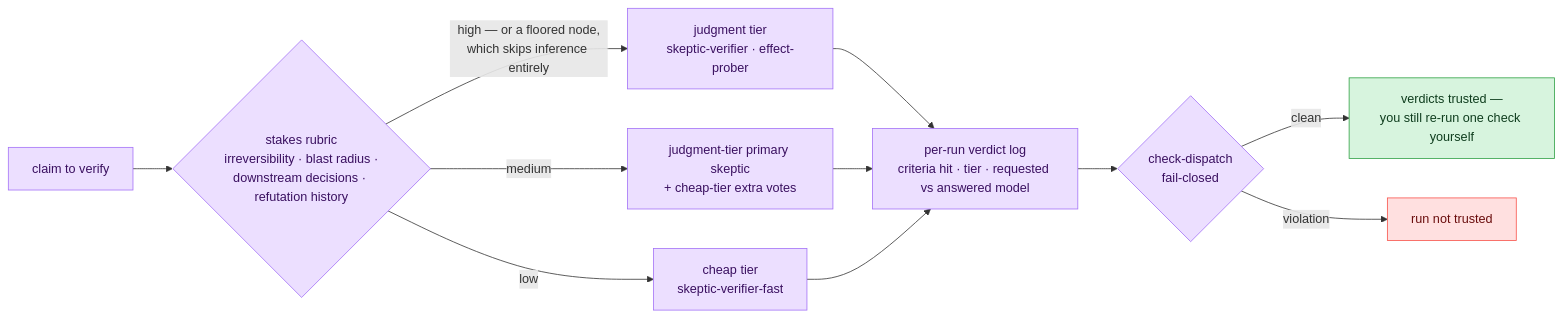
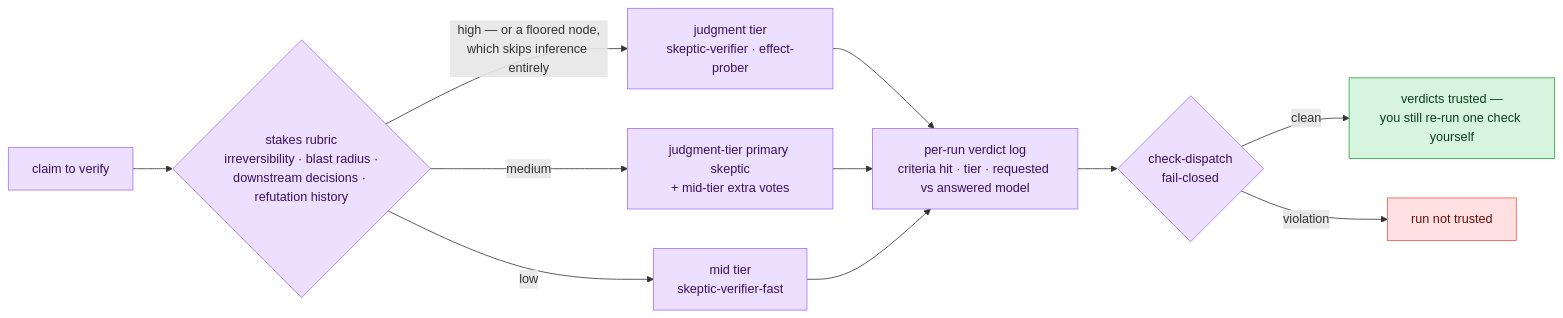
Before and after one commit to hossainpazooki/rigor: the second of 4 diagrams in docs/SYSTEM.md, drawn with Mermaid. The commit also changed other lines of this file and 3 other files, not shown here.

Commit message:
docs: ADR-0007 mid tier — accepted, built, caveats recorded

````diff
--- a/docs/SYSTEM.md
+++ b/docs/SYSTEM.md
@@ -74,18 +76,18 @@
 ```mermaid
 flowchart LR
     C["claim to verify"] --> RB{"stakes rubric<br/>irreversibility · blast radius ·<br/>downstream decisions · refutation history"}
     RB -->|"high — or a floored node,<br/>which skips inference entirely"| J["judgment tier<br/>skeptic-verifier · effect-prober"]
-    RB -->|medium| M["judgment-tier primary skeptic<br/>+ cheap-tier extra votes"]
-    RB -->|low| CH["cheap tier<br/>skeptic-verifier-fast"]
+    RB -->|medium| M["judgment-tier primary skeptic<br/>+ mid-tier extra votes"]
+    RB -->|low| CH["mid tier<br/>skeptic-verifier-fast"]
     J & M & CH --> L["per-run verdict log<br/>criteria hit · tier · requested vs answered model"]
     L --> CD{"check-dispatch<br/>fail-closed"}
     CD -->|clean| OK["verdicts trusted —<br/>you still re-run one check yourself"]
     CD -->|violation| X["run not trusted"]
 
     classDef p1 fill:#d7f4de,stroke:#2ea043,color:#0f3d1e;
     classDef p3 fill:#ecdfff,stroke:#a371f7,color:#3a1060;
     classDef halt fill:#ffe0e0,stroke:#f85149,color:#6a0d0d;
     class C,RB,J,M,CH,L,CD p3;
     class OK p1;
     class X halt;
 ```
````
